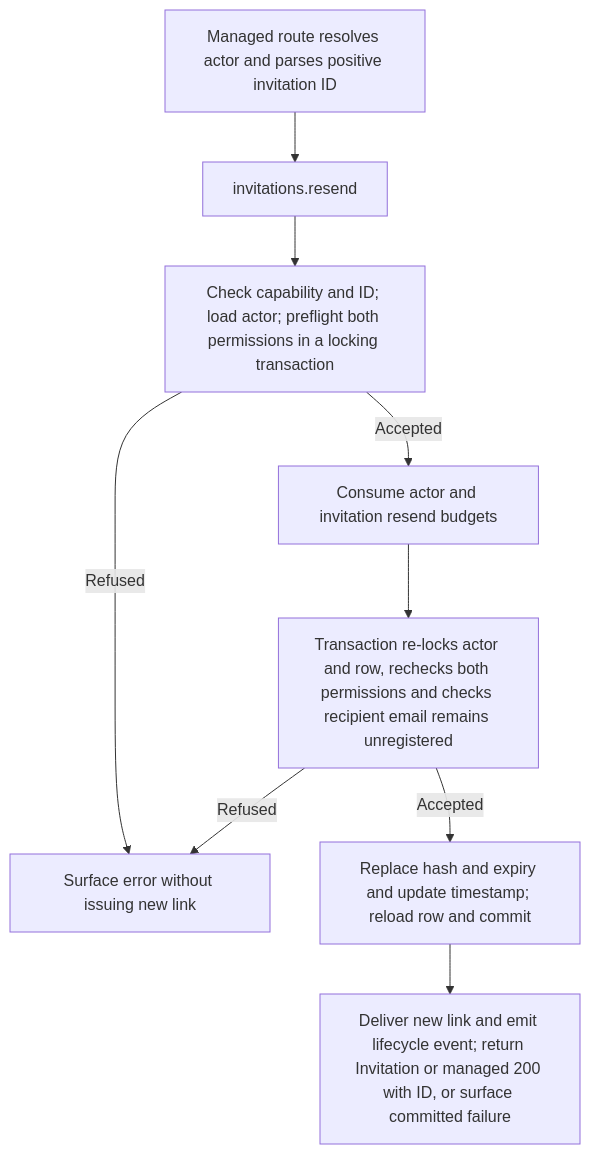
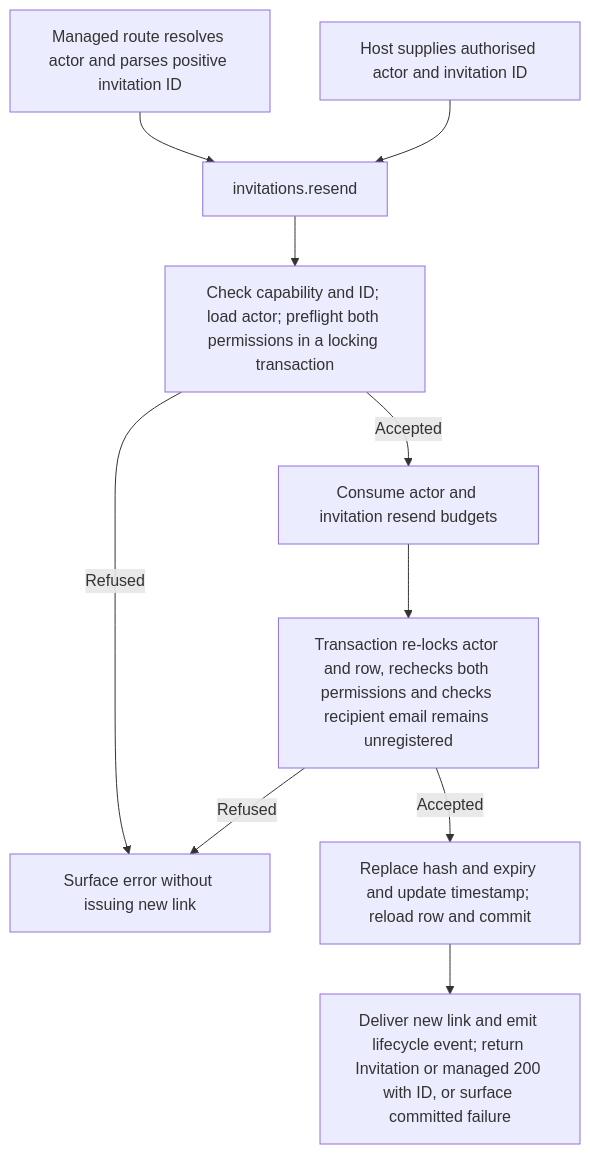
One commit to Kevinjohn/oss-adonisjs-account-kit changed the second of 2 diagrams in user-stories/US-ACCOUNT-11-resend-invitation.md. Above: the diagram before and after it, drawn with Mermaid. The commit also changed 42 other files, not shown here.

````diff
--- a/user-stories/US-ACCOUNT-11-resend-invitation.md
+++ b/user-stories/US-ACCOUNT-11-resend-invitation.md
@@ -31,11 +31,12 @@
 ```mermaid
 flowchart TD
   M["Managed route resolves actor and parses positive invitation ID"] --> A["invitations.resend"]
+  H["Host supplies authorised actor and invitation ID"] --> A
   A --> B["Check capability and ID; load actor; preflight both permissions in a locking transaction"]
   B -->|Refused| D["Surface error without issuing new link"]
   B -->|Accepted| T["Consume actor and invitation resend budgets"]
   T --> C["Transaction re-locks actor and row, rechecks both permissions and checks recipient email remains unregistered"]
   C -->|Refused| D
   C -->|Accepted| E["Replace hash and expiry and update timestamp; reload row and commit"]
   E --> F["Deliver new link and emit lifecycle event; return Invitation or managed 200 with ID, or surface committed failure"]
 ```
````
